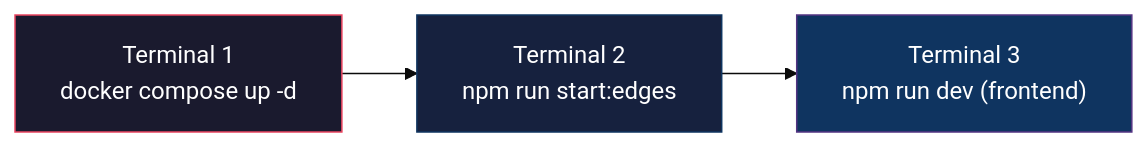
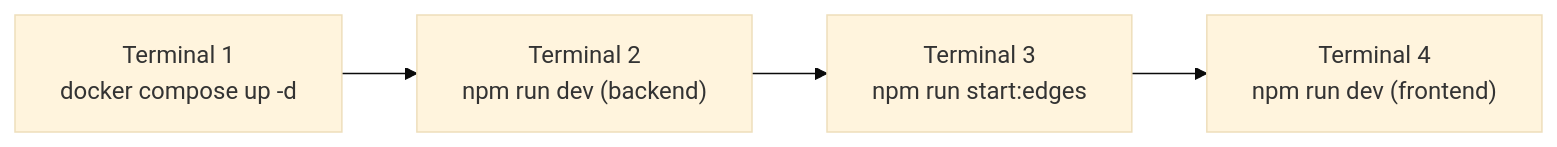
The fourth of 7 diagrams in README.md (DevanshBehl/Alerion-AI), drawn with Mermaid (base theme) before and after one commit. The commit also changed other lines of this file and 14 other files, not shown here.

````diff
--- a/README.md
+++ b/README.md
@@ -393,9 +368,6 @@
 ```mermaid
 graph LR
-    A["Terminal 1<br/>docker compose up -d"] --> B["Terminal 2<br/>npm run start:edges"]
-    B --> C["Terminal 3<br/>npm run dev (frontend)"]
-
-    style A fill:#1a1a2e,stroke:#e94560,color:#fff
-    style B fill:#16213e,stroke:#0f3460,color:#fff
-    style C fill:#0f3460,stroke:#533483,color:#fff
+    A["Terminal 1<br/>docker compose up -d"] --> B["Terminal 2<br/>npm run dev (backend)"]
+    B --> C["Terminal 3<br/>npm run start:edges"]
+    C --> D["Terminal 4<br/>npm run dev (frontend)"]
 ```
````
